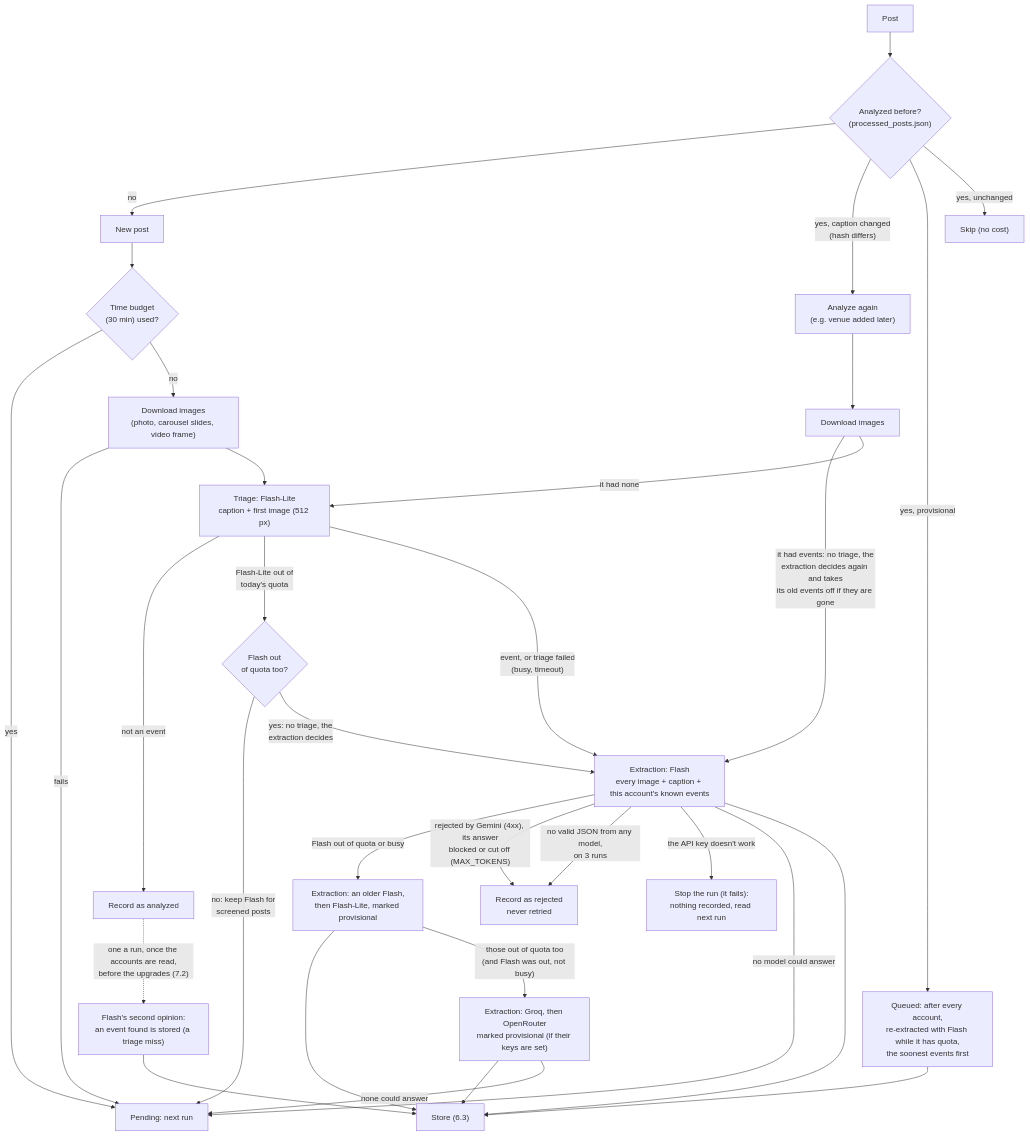
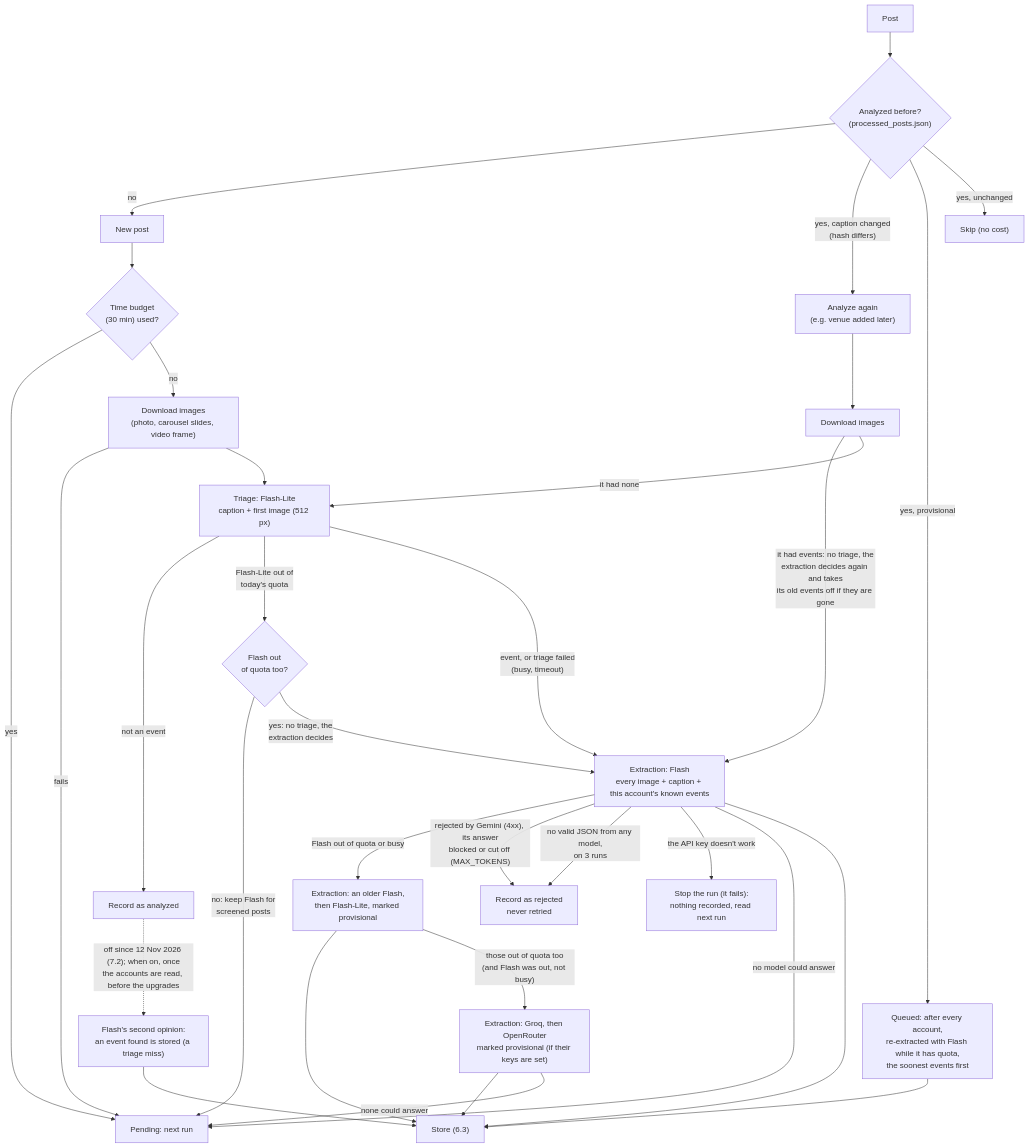
One commit to pa-bailar/backend changed the fourth of 12 diagrams in docs/ARCHITECTURE.md. Above: the diagram before and after it, drawn with Mermaid. The commit also changed other lines of this file and 4 other files, not shown here.

First line of the commit message:
feat(sweep): Flash's second opinion on the triage off; its requests go to the upgrades (#238)

````diff
--- a/docs/ARCHITECTURE.md
+++ b/docs/ARCHITECTURE.md
@@ -588,33 +588,33 @@
 ```mermaid
 flowchart TD
     P["Post"] --> Q{"Analyzed before?<br/>(processed_posts.json)"}
     Q -->|no| N["New post"]
     Q -->|"yes, caption changed<br/>(hash differs)"| RE["Analyze again<br/>(e.g. venue added later)"]
     Q -->|"yes, provisional"| UP["Queued: after every account,<br/>re-extracted with Flash while it has quota,<br/>the soonest events first"]
     Q -->|"yes, unchanged"| SKIP["Skip (no cost)"]
     N --> T{"Time budget<br/>(30 min) used?"}
     T -->|yes| PEND["Pending: next run"]
     T -->|no| IMG["Download images<br/>(photo, carousel slides, video frame)"]
     RE --> IMG2["Download images"] -->|"it had events: no triage, the<br/>extraction decides again and takes<br/>its old events off if they are gone"| EX
     IMG2 -->|"it had none"| TR
     IMG -->|fails| PEND
     IMG --> TR["Triage: Flash-Lite<br/>caption + first image (512 px)"]
     TR -->|"not an event"| REC["Record as analyzed"]
-    REC -.->|"one a run, once the accounts are read,<br/>before the upgrades (7.2)"| SO["Flash's second opinion:<br/>an event found is stored (a triage miss)"]
+    REC -.->|"off since 12 Nov 2026 (7.2); when on, once<br/>the accounts are read, before the upgrades"| SO["Flash's second opinion:<br/>an event found is stored (a triage miss)"]
     SO --> ST
     TR -->|"Flash-Lite out of<br/>today's quota"| TLR{"Flash out<br/>of quota too?"}
     TLR -->|"no: keep Flash for<br/>screened posts"| PEND
     TLR -->|"yes: no triage, the<br/>extraction decides"| EX
     TR -->|"event, or triage failed<br/>(busy, timeout)"| EX["Extraction: Flash<br/>every image + caption + this account's known events"]
     EX -->|"Flash out of quota or busy"| PROV["Extraction: an older Flash,<br/>then Flash-Lite, marked provisional"]
     EX -->|"rejected by Gemini (4xx), its answer<br/>blocked or cut off (MAX_TOKENS)"| REJ["Record as rejected<br/>never retried"]
     EX -->|"no valid JSON from any model,<br/>on 3 runs"| REJ
     EX -->|"the API key doesn't work"| STOP["Stop the run (it fails):<br/>nothing recorded, read next run"]
     EX -->|"no model could answer"| PEND
     EX --> ST["Store (6.3)"]
     PROV --> ST
     PROV -->|"those out of quota too<br/>(and Flash was out, not busy)"| LAST["Extraction: Groq, then OpenRouter<br/>marked provisional (if their keys are set)"]
     LAST --> ST
     LAST -->|"none could answer"| PEND
     UP --> ST
 ```
````
